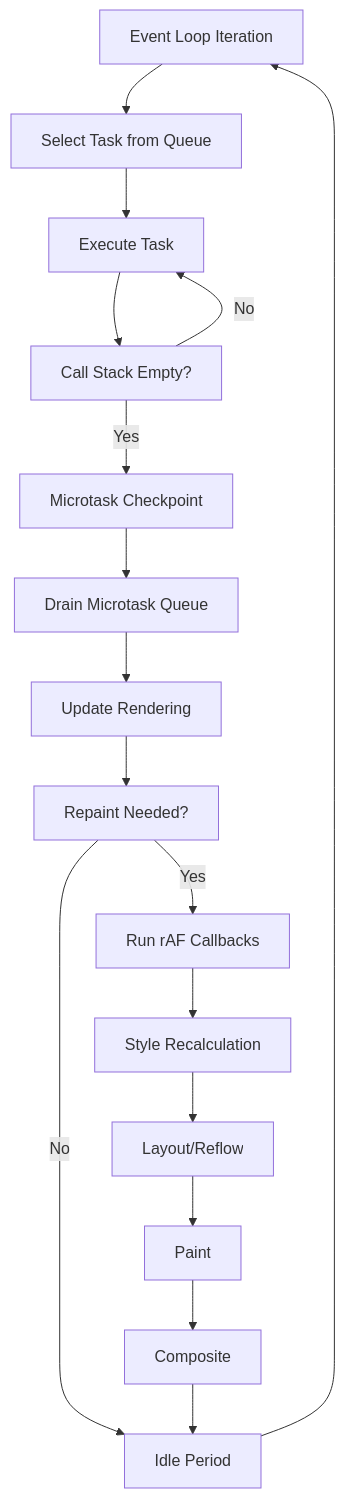
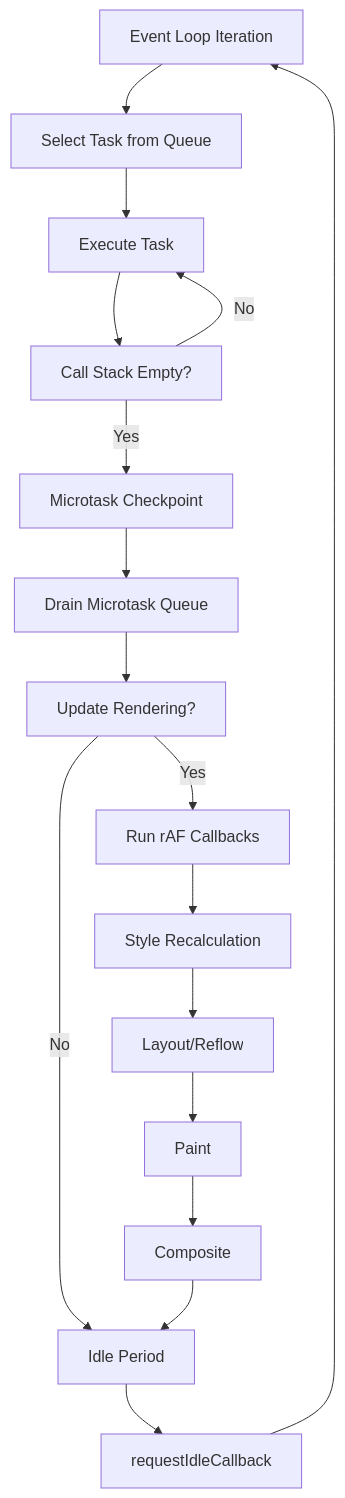
One commit to sujeet-pro/legacy-personal-site changed the sixth of 15 diagrams in v4/content/articles/browser-runtime-internals/js-runtime-internals/js-event-loop/README.md. Above: the diagram before and after it, drawn with Mermaid. The commit also changed other lines of this file and 115 other files, not shown here.

````diff
--- a/v4/content/articles/browser-runtime-internals/js-runtime-internals/js-event-loop/README.md
+++ b/v4/content/articles/browser-runtime-internals/js-runtime-internals/js-event-loop/README.md
@@ -258,19 +235,19 @@
 ```mermaid
 graph TD
     A[Event Loop Iteration] --> B[Select Task from Queue]
     B --> C[Execute Task]
     C --> D[Call Stack Empty?]
     D -->|No| C
     D -->|Yes| E[Microtask Checkpoint]
     E --> F[Drain Microtask Queue]
-    F --> G[Update Rendering]
-    G --> H[Repaint Needed?]
-    H -->|Yes| I[Run rAF Callbacks]
-    I --> J[Style Recalculation]
-    J --> K[Layout/Reflow]
-    K --> L[Paint]
-    L --> M[Composite]
-    H -->|No| N[Idle Period]
-    M --> N
+    F --> G[Update Rendering?]
+    G -->|Yes| H[Run rAF Callbacks]
+    H --> I[Style Recalculation]
+    I --> J["Layout/Reflow"]
+    J --> K[Paint]
+    K --> L[Composite]
+    G -->|No| M[Idle Period]
+    L --> M
+    M --> N[requestIdleCallback]
     N --> A
 ```
````
